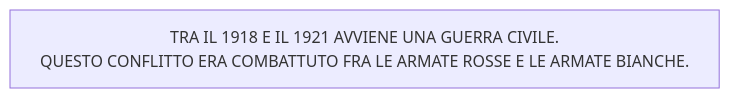
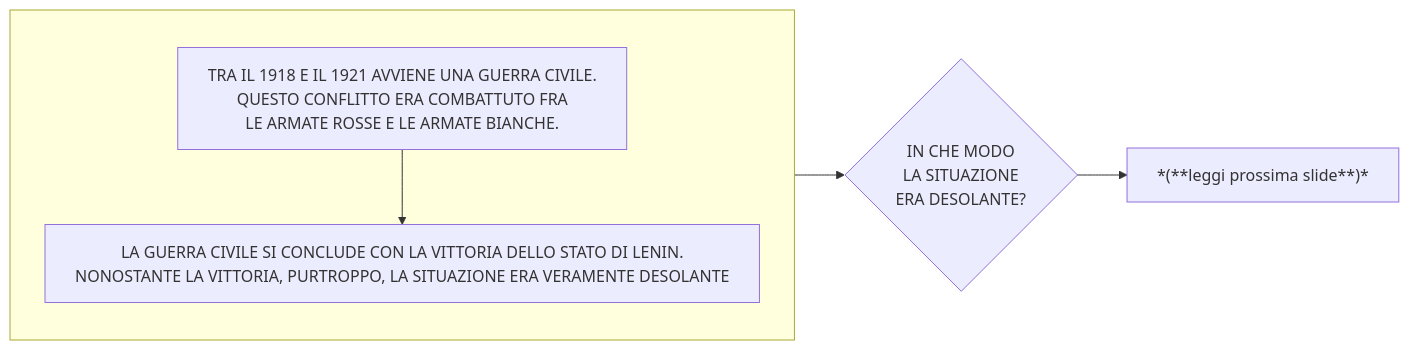
One commit to Laaouatni/ricerca-storia-MermaidJS changed the ninth of 10 diagrams in stalinismoRiscrittura.md. Above: the diagram before and after it, drawn with Mermaid. The commit also changed other lines of this file, not shown here.

````diff
--- a/stalinismoRiscrittura.md
+++ b/stalinismoRiscrittura.md
@@ -160,5 +160,13 @@
 ```mermaid
 %%{init: { "flowchart": { "wrappingWidth": 800 } }}%%
-flowchart TB
-  0[TRA IL 1918 E IL 1921 AVVIENE UNA GUERRA CIVILE. <br> QUESTO CONFLITTO ERA COMBATTUTO FRA LE ARMATE ROSSE E LE ARMATE BIANCHE.]
+flowchart LR
+  subgraph 3[" "]
+    0[TRA IL 1918 E IL 1921 AVVIENE UNA GUERRA CIVILE. <br> QUESTO CONFLITTO ERA COMBATTUTO FRA <br> LE ARMATE ROSSE E LE ARMATE BIANCHE.]
+    1[LA GUERRA CIVILE SI CONCLUDE CON LA VITTORIA DELLO STATO DI LENIN. <br>NONOSTANTE LA VITTORIA, PURTROPPO, LA SITUAZIONE ERA VERAMENTE DESOLANTE]
+    0 --> 1
+  end
+  2{IN CHE MODO <br>LA SITUAZIONE <br>ERA DESOLANTE?}
+  20["*(**leggi prossima slide**)*"]
+  2 --> 20
+  3 --> 2
 ```
````
